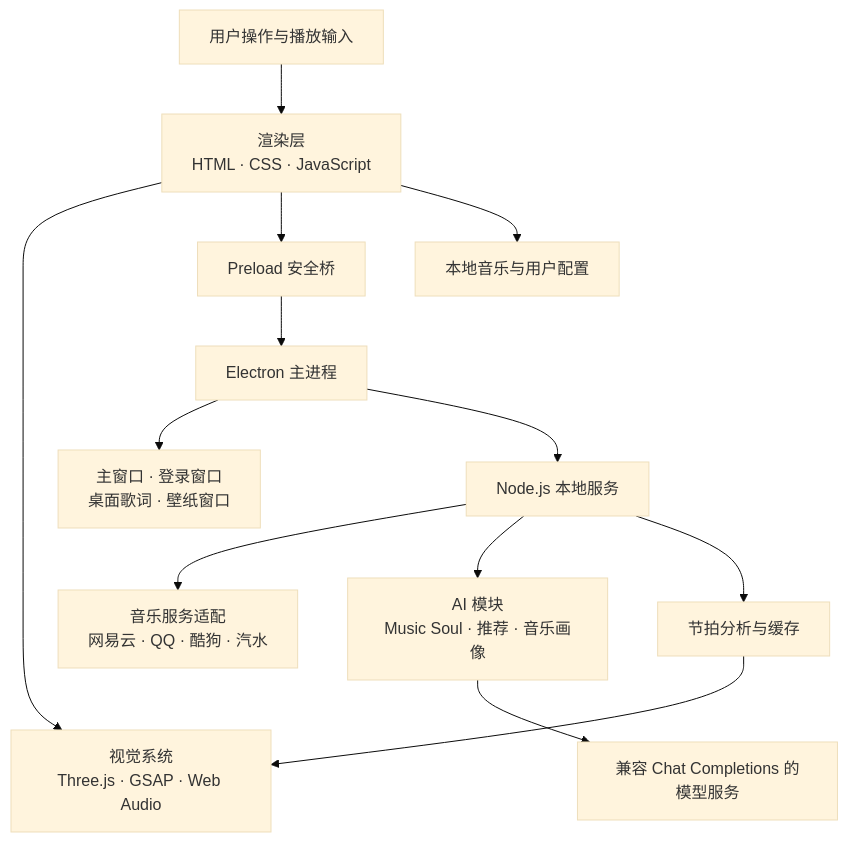
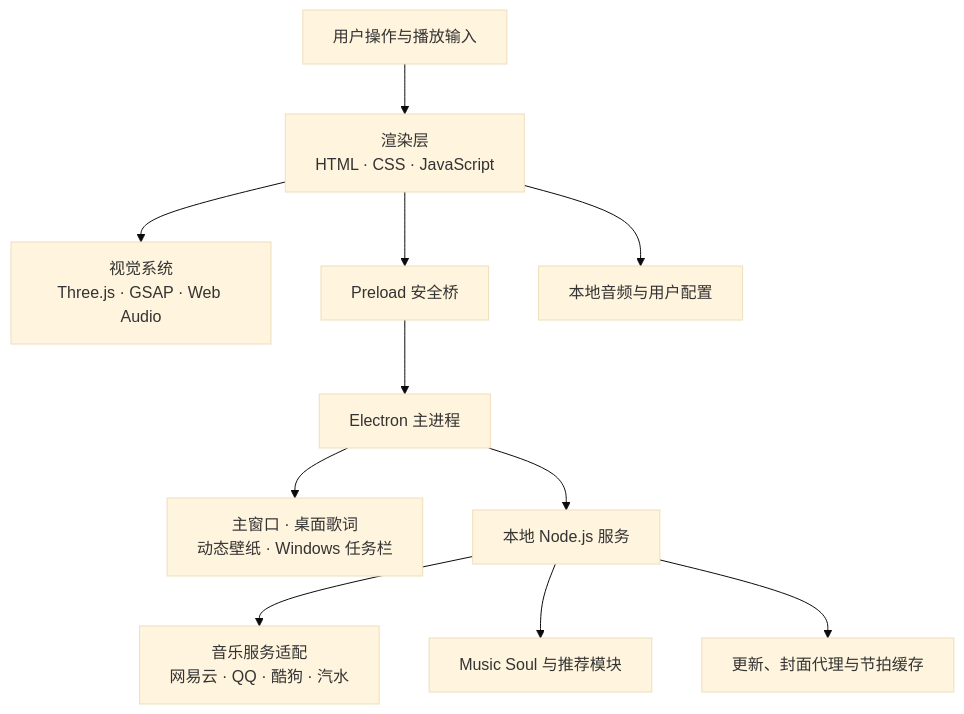
The diagram in README.md (zzyxiangnian-star/Mineradio), drawn with Mermaid (base theme) before and after one commit. The commit also changed other lines of this file and 4 other files, not shown here.

````diff
--- a/README.md
+++ b/README.md
@@ -88,15 +97,13 @@
 ```mermaid
 flowchart TD
-  U[用户操作与播放输入] --> R[渲染层<br/>HTML · CSS · JavaScript]
-  R --> V[视觉系统<br/>Three.js · GSAP · Web Audio]
-  R --> P[Preload 安全桥]
-  P --> E[Electron 主进程]
-  E --> W[主窗口 · 登录窗口<br/>桌面歌词 · 壁纸窗口]
-  E --> S[Node.js 本地服务]
-  S --> M[音乐服务适配<br/>网易云 · QQ · 酷狗 · 汽水]
-  S --> A[AI 模块<br/>Music Soul · 推荐 · 音乐画像]
-  A --> C[兼容 Chat Completions 的模型服务]
-  R --> L[本地音乐与用户配置]
-  S --> B[节拍分析与缓存]
-  B --> V
+  U["用户操作与播放输入"] --> R["渲染层<br/>HTML · CSS · JavaScript"]
+  R --> V["视觉系统<br/>Three.js · GSAP · Web Audio"]
+  R --> P["Preload 安全桥"]
+  P --> E["Electron 主进程"]
+  E --> W["主窗口 · 桌面歌词<br/>动态壁纸 · Windows 任务栏"]
+  E --> S["本地 Node.js 服务"]
+  S --> M["音乐服务适配<br/>网易云 · QQ · 酷狗 · 汽水"]
+  S --> A["Music Soul 与推荐模块"]
+  R --> L["本地音频与用户配置"]
+  S --> C["更新、封面代理与节拍缓存"]
 ```
````
